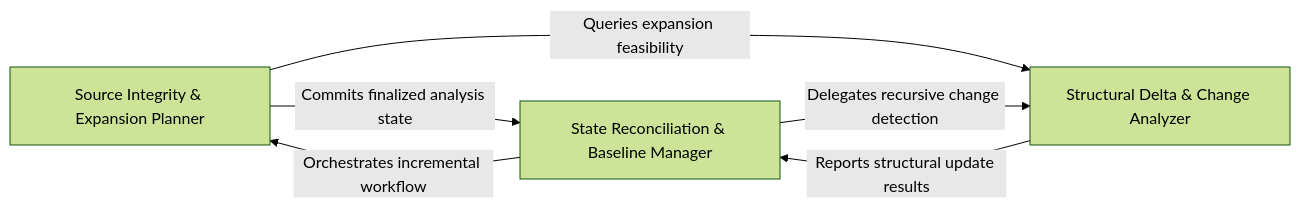
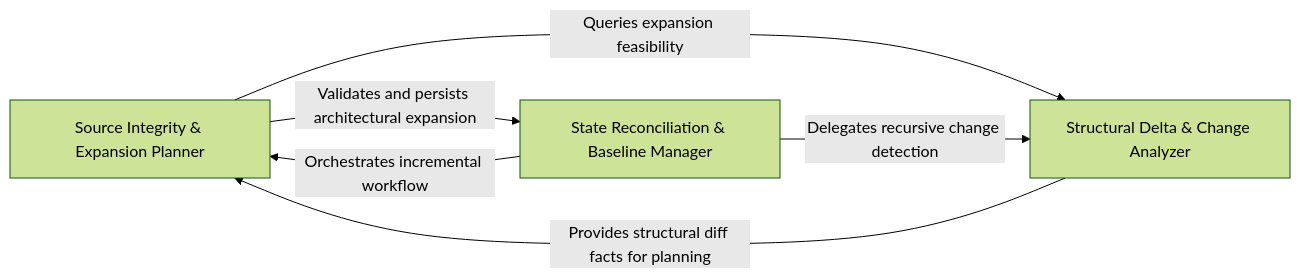
The diagram in .codeboarding/Incremental_State_Structural_Planner.md (CodeBoarding/CodeBoarding), drawn with Mermaid (forest theme) before and after one commit. The commit also changed other lines of this file and 27 other files, not shown here.

Commit message:
chore(codeboarding): sync architecture baseline

````diff
--- a/.codeboarding/Incremental_State_Structural_Planner.md
+++ b/.codeboarding/Incremental_State_Structural_Planner.md
@@ -1,11 +1,11 @@
 ```mermaid
 graph LR
     Source_Integrity_Expansion_Planner["Source Integrity & Expansion Planner"]
     State_Reconciliation_Baseline_Manager["State Reconciliation & Baseline Manager"]
     Structural_Delta_Change_Analyzer["Structural Delta & Change Analyzer"]
-    Source_Integrity_Expansion_Planner -- "Commits finalized analysis state" --> State_Reconciliation_Baseline_Manager
+    Source_Integrity_Expansion_Planner -- "Validates and persists architectural expansion" --> State_Reconciliation_Baseline_Manager
     Source_Integrity_Expansion_Planner -- "Queries expansion feasibility" --> Structural_Delta_Change_Analyzer
     State_Reconciliation_Baseline_Manager -- "Orchestrates incremental workflow" --> Source_Integrity_Expansion_Planner
     State_Reconciliation_Baseline_Manager -- "Delegates recursive change detection" --> Structural_Delta_Change_Analyzer
-    Structural_Delta_Change_Analyzer -- "Reports structural update results" --> State_Reconciliation_Baseline_Manager
+    Structural_Delta_Change_Analyzer -- "Provides structural diff facts for planning" --> Source_Integrity_Expansion_Planner
 ```
````
